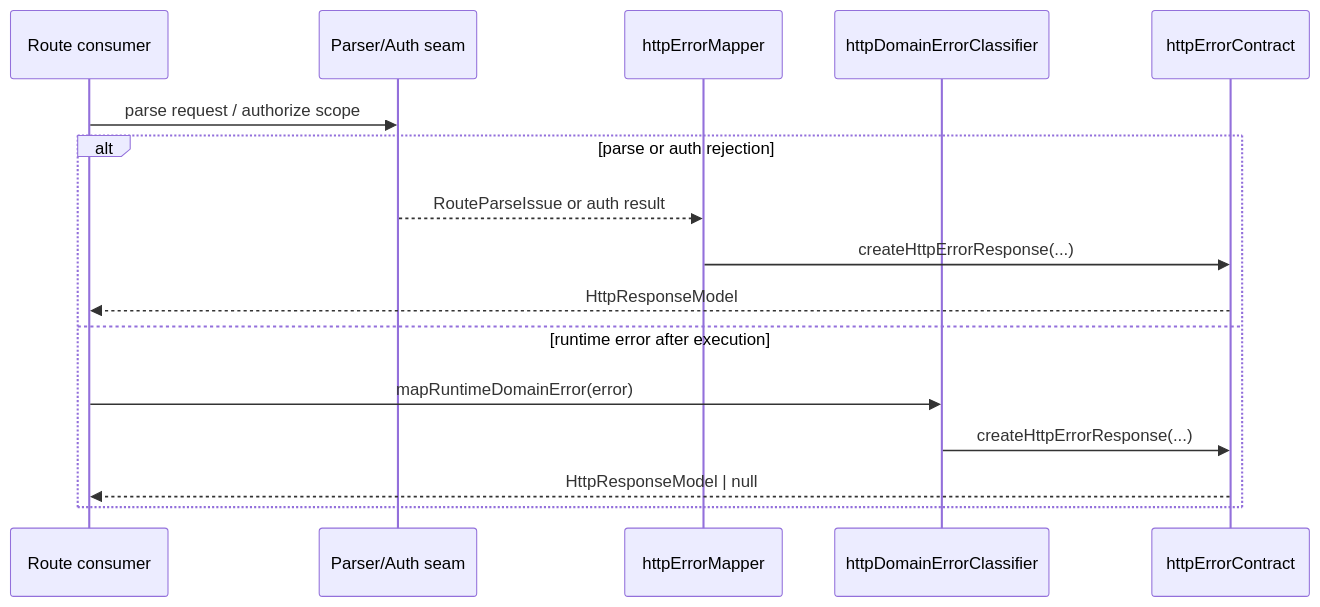
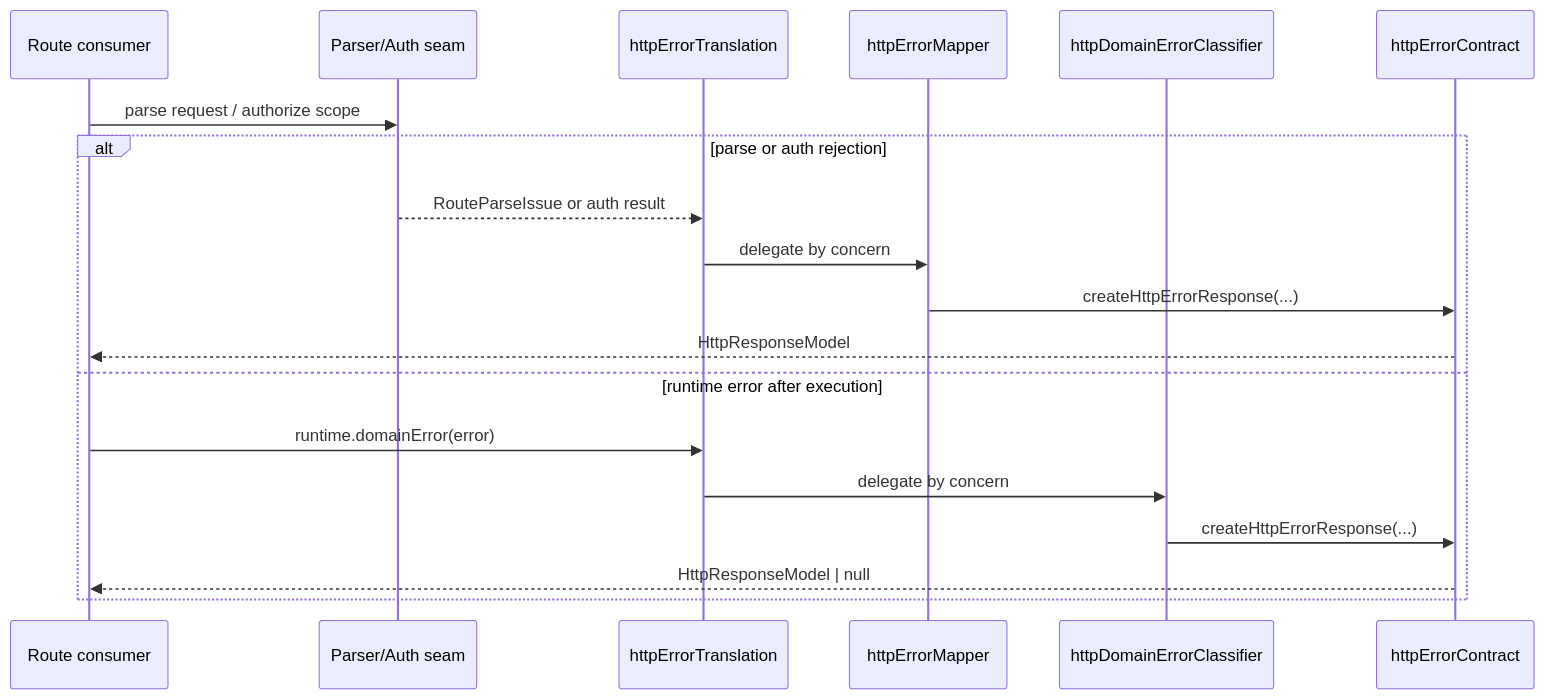
Before and after one commit to dunay2/dvt: the third of 3 diagrams in apps/api/docs/http-runtime-error-translation-component.md, drawn with Mermaid. The commit also changed other lines of this file and 16 other files, not shown here.

Commit message:
refactor(api): Expose HTTP error translation component API

````diff
--- a/apps/api/docs/http-runtime-error-translation-component.md
+++ b/apps/api/docs/http-runtime-error-translation-component.md
@@ -96,19 +108,22 @@
 ```mermaid
 sequenceDiagram
   participant Route as Route consumer
   participant Parser as Parser/Auth seam
+  participant Api as httpErrorTranslation
   participant Mapper as httpErrorMapper
   participant Classifier as httpDomainErrorClassifier
   participant Contract as httpErrorContract
 
   Route->>Parser: parse request / authorize scope
   alt parse or auth rejection
-    Parser-->>Mapper: RouteParseIssue or auth result
+    Parser-->>Api: RouteParseIssue or auth result
+    Api->>Mapper: delegate by concern
     Mapper->>Contract: createHttpErrorResponse(...)
     Contract-->>Route: HttpResponseModel
   else runtime error after execution
-    Route->>Classifier: mapRuntimeDomainError(error)
+    Route->>Api: runtime.domainError(error)
+    Api->>Classifier: delegate by concern
     Classifier->>Contract: createHttpErrorResponse(...)
     Contract-->>Route: HttpResponseModel | null
   end
 ```
````
